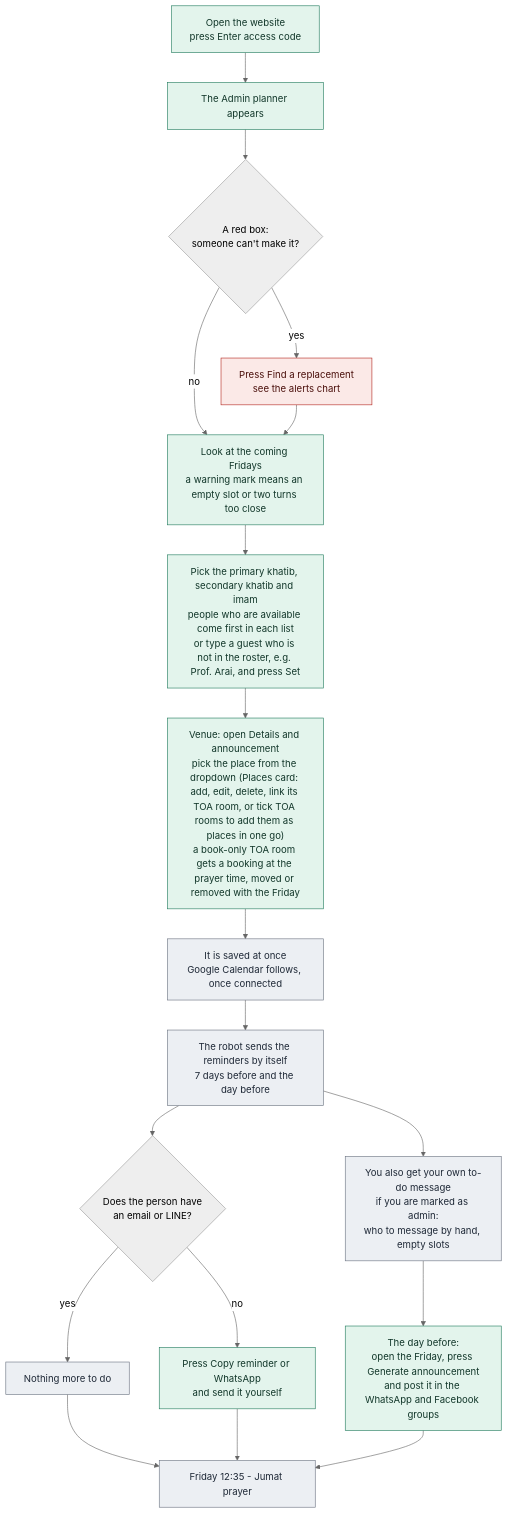
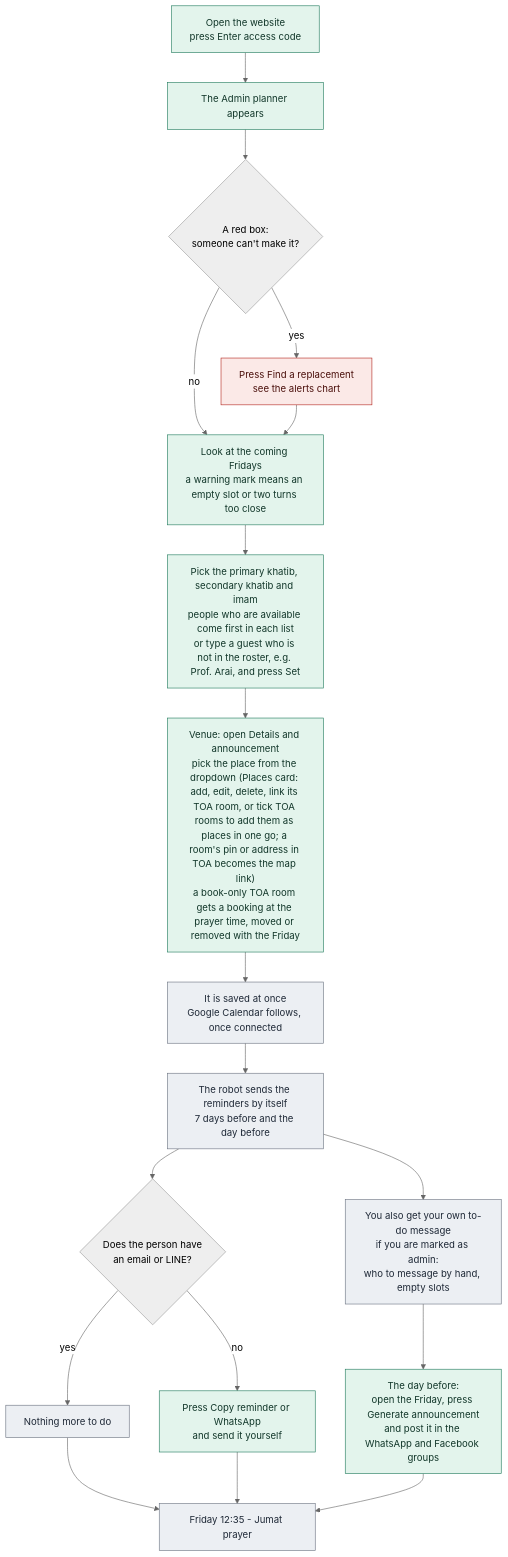
One commit to mushaffarasyidridha/Jumat-Scheduler-NAIST changed the diagram in public/flows/admin-week.mmd. Above: the diagram before and after it, drawn with Mermaid (neutral theme). The commit also changed 10 other files, not shown here.

First line of the commit message:
Places: take the map link and address from the TOA room's location

```diff
--- a/public/flows/admin-week.mmd
+++ b/public/flows/admin-week.mmd
@@ -1,25 +1,25 @@
 flowchart TD
   A["Open the website<br/>press Enter access code"] --> B["The Admin planner appears"]
   B --> C{"A red box:<br/>someone can't make it?"}
   C -->|"yes"| C1["Press Find a replacement<br/>see the alerts chart"]
   C -->|"no"| D
   C1 --> D["Look at the coming Fridays<br/>a warning mark means an empty slot or two turns too close"]
   D --> E["Pick the primary khatib, secondary khatib and imam<br/>people who are available come first in each list<br/>or type a guest who is not in the roster, e.g. Prof. Arai, and press Set"]
-  E --> E2["Venue: open Details and announcement<br/>pick the place from the dropdown (Places card: add, edit, delete, link its TOA room, or tick TOA rooms to add them as places in one go)<br/>a book-only TOA room gets a booking at the prayer time, moved or removed with the Friday"]
+  E --> E2["Venue: open Details and announcement<br/>pick the place from the dropdown (Places card: add, edit, delete, link its TOA room, or tick TOA rooms to add them as places in one go; a room's pin or address in TOA becomes the map link)<br/>a book-only TOA room gets a booking at the prayer time, moved or removed with the Friday"]
   E2 --> F["It is saved at once<br/>Google Calendar follows, once connected"]
   F --> G["The robot sends the reminders by itself<br/>7 days before and the day before"]
   G --> H{"Does the person have<br/>an email or LINE?"}
   H -->|"yes"| I["Nothing more to do"]
   H -->|"no"| J["Press Copy reminder or WhatsApp<br/>and send it yourself"]
   G --> K["You also get your own to-do message<br/>if you are marked as admin:<br/>who to message by hand, empty slots"]
   K --> L["The day before:<br/>open the Friday, press Generate announcement<br/>and post it in the WhatsApp and Facebook groups"]
   I --> M["Friday 12:35 - Jumat prayer"]
   J --> M
   L --> M
 
   classDef admin fill:#e3f4ec,stroke:#1f7a5c,color:#12372a
   classDef robot fill:#eceff3,stroke:#6b7280,color:#1f2937
   classDef warn fill:#fbe9e7,stroke:#b3261e,color:#4a0f0b
   class E2,A,B,D,E,J,L admin
   class F,G,I,K,M robot
   class C1 warn
```
